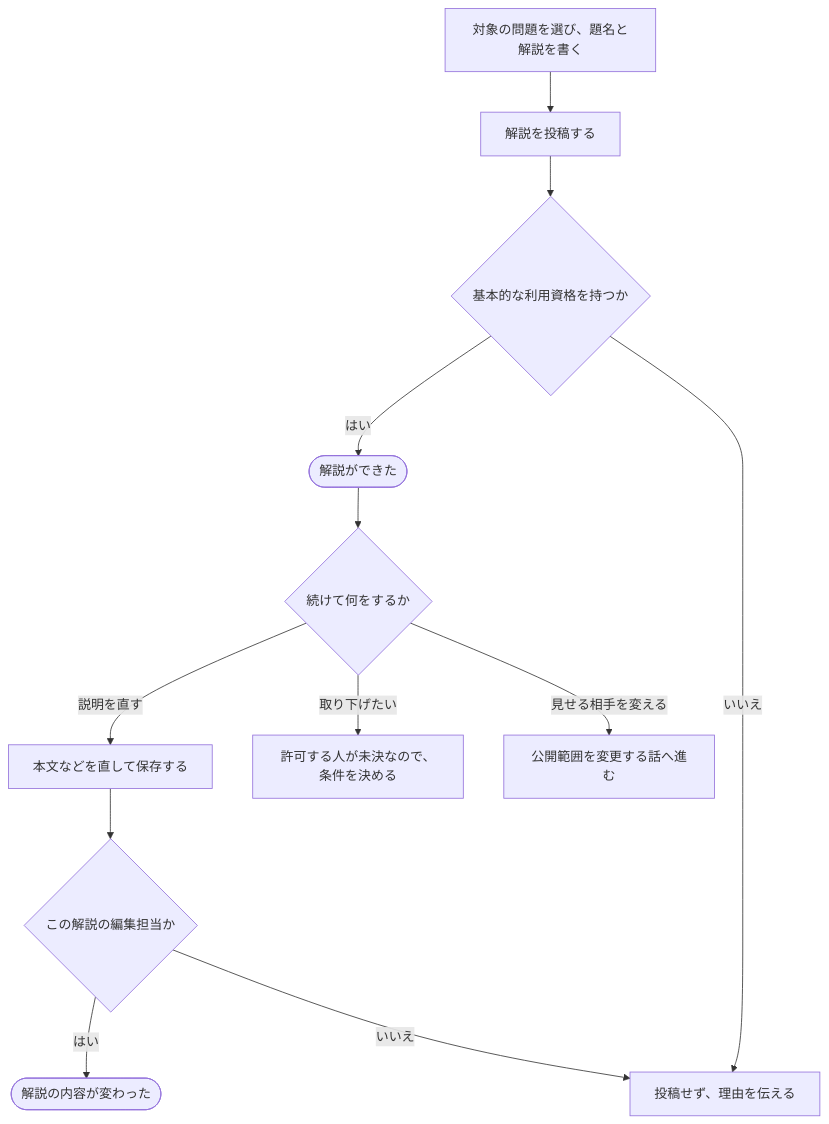
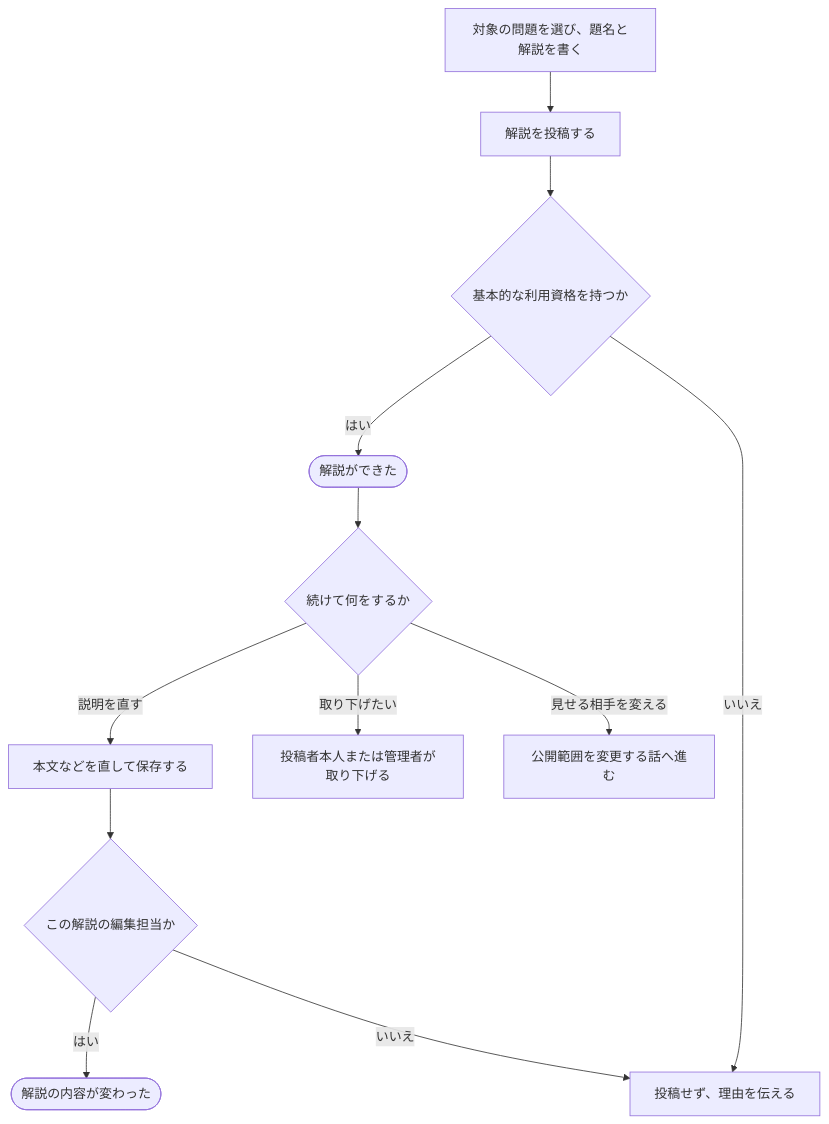
Before and after one commit to traP-jp/traOJudge: the diagram in docs/requirements/scenarios/others/write-editorial.md, drawn with Mermaid. The commit also changed other lines of this file and 39 other files, not shown here.

````diff
--- a/docs/requirements/scenarios/others/write-editorial.md
+++ b/docs/requirements/scenarios/others/write-editorial.md
@@ -25,14 +25,14 @@
 ```mermaid
 flowchart TD
     A["対象の問題を選び、題名と解説を書く"] --> B["解説を投稿する"]
     B --> BX{"基本的な利用資格を持つか"}
     BX -->|はい| C(["解説ができた"])
     BX -->|いいえ| BY["投稿せず、理由を伝える"]
     C --> D{"続けて何をするか"}
     D -->|説明を直す| E["本文などを直して保存する"]
     E --> EX{"この解説の編集担当か"}
     EX -->|はい| F(["解説の内容が変わった"])
     EX -->|いいえ| BY
-    D -->|取り下げたい| G["許可する人が未決なので、条件を決める"]
+    D -->|取り下げたい| G["投稿者本人または管理者が取り下げる"]
     D -->|見せる相手を変える| I["公開範囲を変更する話へ進む"]
 ```
````
